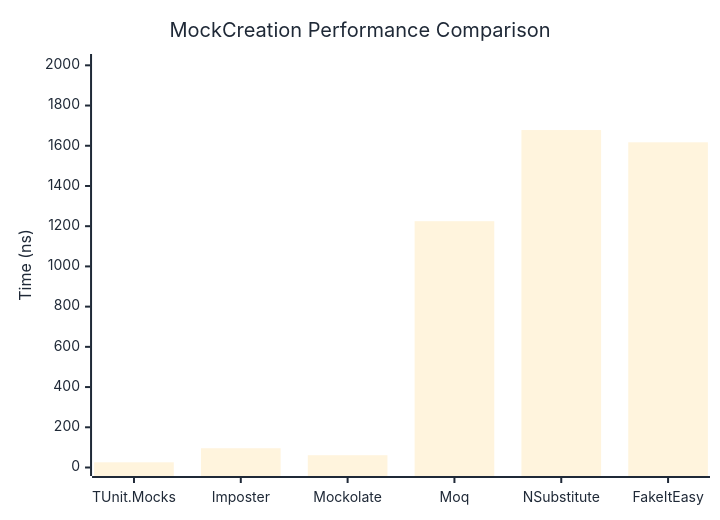
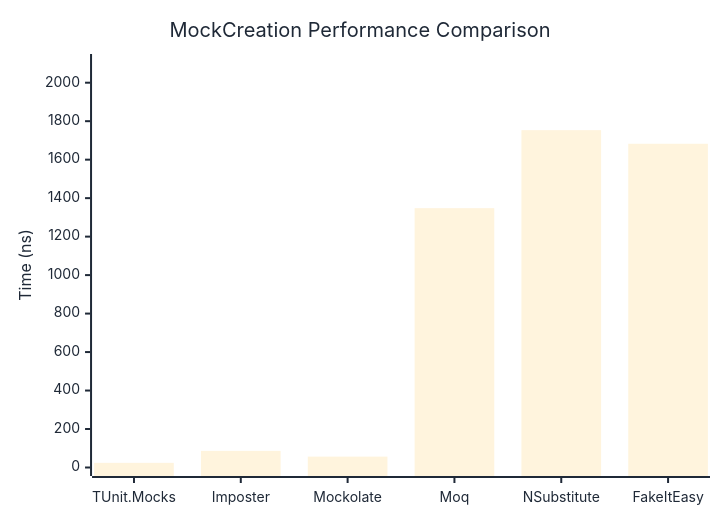
The first of 2 diagrams in docs/docs/benchmarks/mocks/MockCreation.md (thomhurst/TUnit), drawn with Mermaid before and after one commit. The commit also changed other lines of this file and 14 other files, not shown here.

````diff
--- a/docs/docs/benchmarks/mocks/MockCreation.md
+++ b/docs/docs/benchmarks/mocks/MockCreation.md
@@ -28,27 +28,27 @@
 ```mermaid
 %%{init: {
   'theme':'base',
   'themeVariables': {
     'primaryColor': '#2563eb',
     'primaryTextColor': '#1f2937',
     'primaryBorderColor': '#1e40af',
     'lineColor': '#6b7280',
     'secondaryColor': '#7c3aed',
     'tertiaryColor': '#dc2626',
     'background': '#ffffff',
     'pie1': '#2563eb',
     'pie2': '#7c3aed',
     'pie3': '#dc2626',
     'pie4': '#f59e0b',
     'pie5': '#10b981',
     'pie6': '#06b6d4',
     'pie7': '#ec4899',
     'pie8': '#6366f1'
   }
 }}%%
 xychart-beta
   title "MockCreation Performance Comparison"
   x-axis ["TUnit.Mocks", "Imposter", "Mockolate", "Moq", "NSubstitute", "FakeItEasy"]
-  y-axis "Time (ns)" 0 --> 2014
-  bar [25.84, 95.78, 61.02, 1224.81, 1678.14, 1617.18]
+  y-axis "Time (ns)" 0 --> 2105
+  bar [24.25, 86.41, 56.57, 1347.9, 1753.34, 1682.59]
 ```
````
